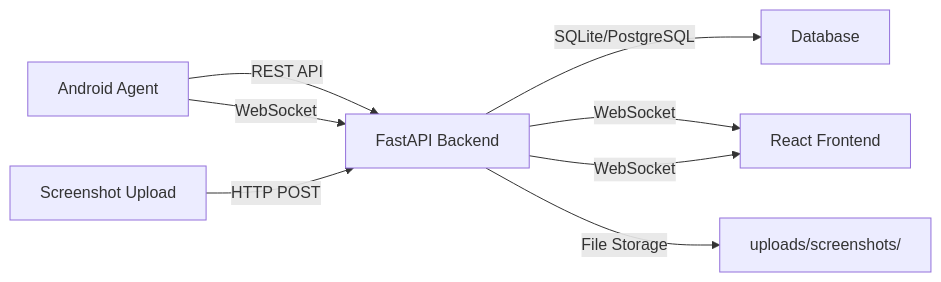
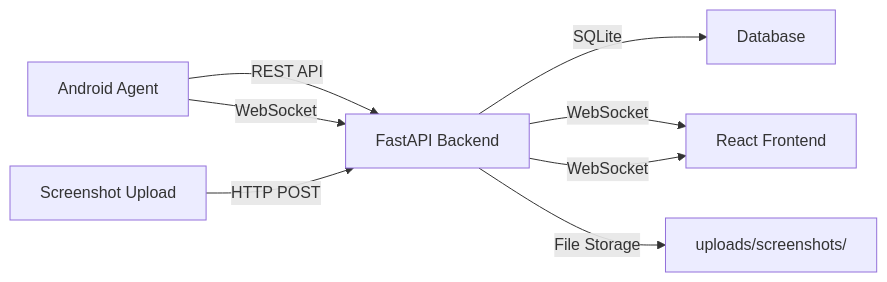
The first of 7 diagrams in docs/architecture/system-design.md (SkriptyRobert/FamilyEye), drawn with Mermaid before and after one commit. The commit also changed 7 other files, not shown here.

````diff
--- a/docs/architecture/system-design.md
+++ b/docs/architecture/system-design.md
@@ -9,10 +9,10 @@
 ```mermaid
 graph LR
     A[Android Agent] -->|REST API| B[FastAPI Backend]
-    B -->|SQLite/PostgreSQL| C[Database]
+    B -->|SQLite| C[Database]
     B -->|WebSocket| D[React Frontend]
     A -->|WebSocket| B
     B -->|WebSocket| D
     E[Screenshot Upload] -->|HTTP POST| B
     B -->|File Storage| F[uploads/screenshots/]
 ```
````
